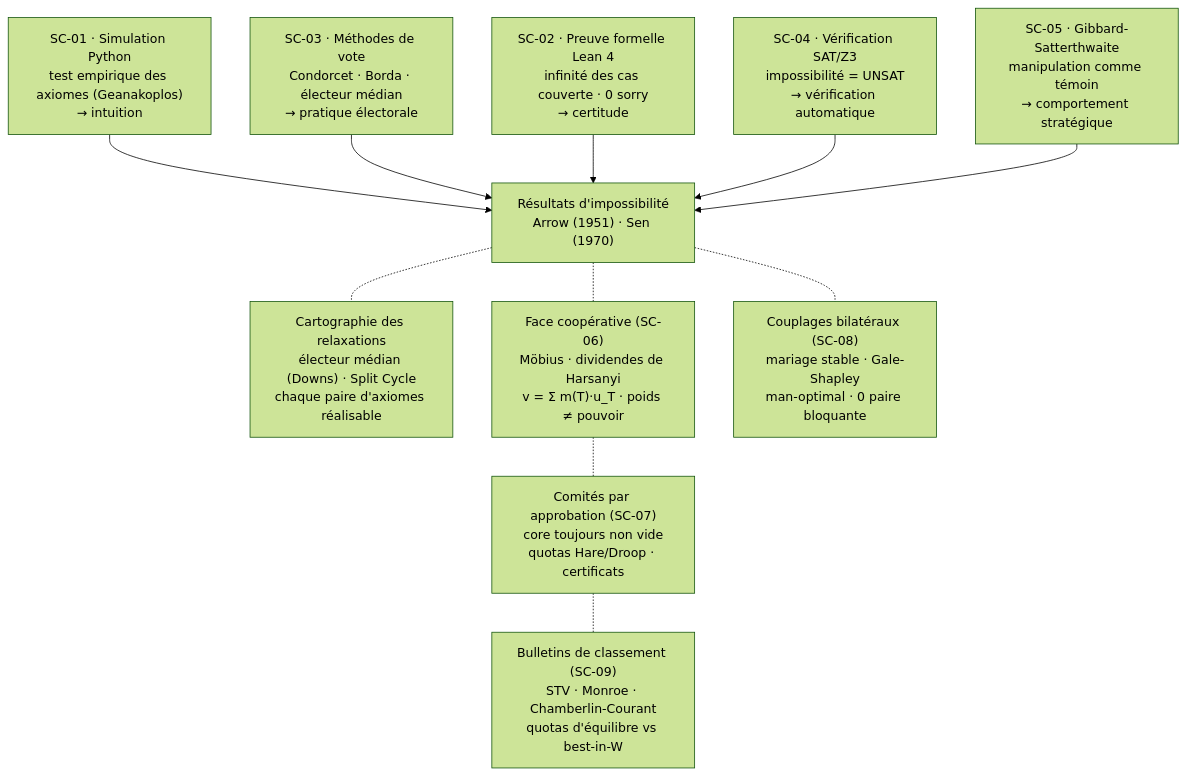
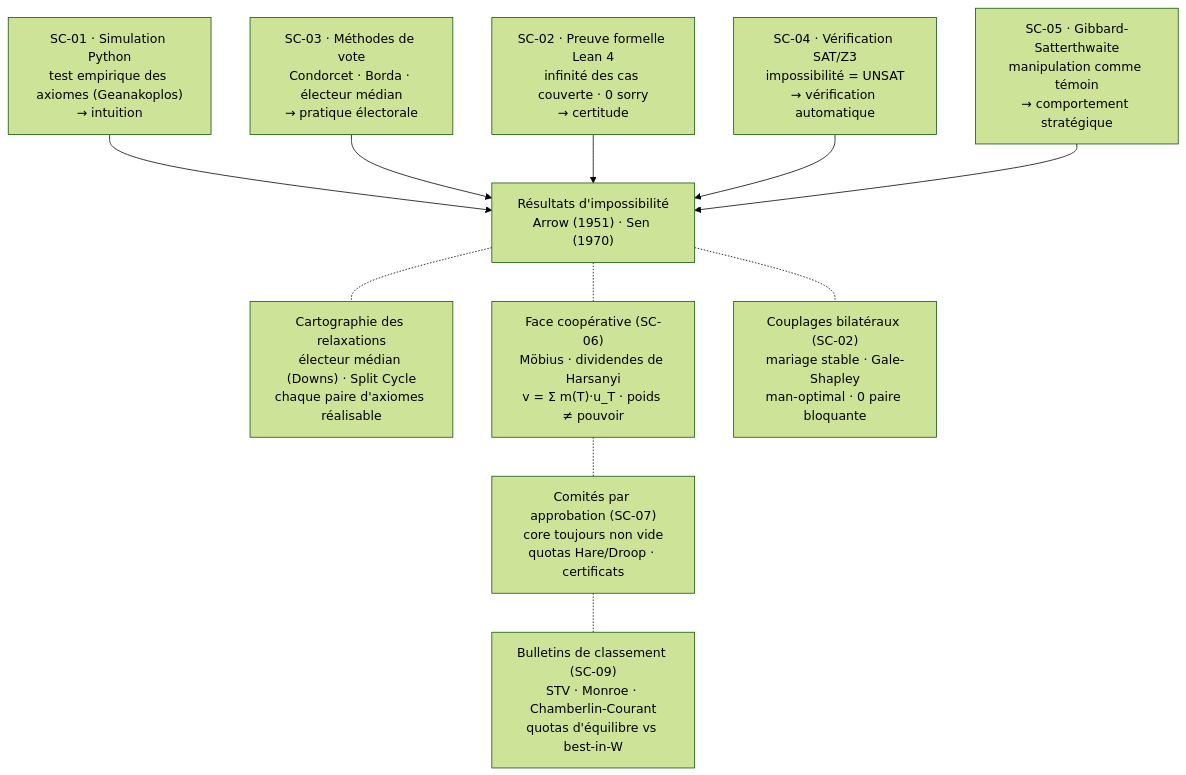
Before and after one commit to jsboige/CoursIA: the diagram in MyIA.AI.Notebooks/GameTheory/SocialChoice/README.md, drawn with Mermaid (forest theme). The commit also changed other lines of this file and 2 other files, not shown here.

First line of the commit message:
fix(gametheory,#19702): SC-08 -> SC-02 (Gale-Shapley homonymie)

````diff
--- a/MyIA.AI.Notebooks/GameTheory/SocialChoice/README.md
+++ b/MyIA.AI.Notebooks/GameTheory/SocialChoice/README.md
@@ -52,21 +52,21 @@
 ```mermaid
 flowchart TD
     Result["Résultats d'impossibilité<br/>Arrow (1951) · Sen (1970)"]
 
     E1["SC-01 · Simulation Python<br/>test empirique des axiomes (Geanakoplos)<br/>→ intuition"]
     E2["SC-03 · Méthodes de vote<br/>Condorcet · Borda · électeur médian<br/>→ pratique électorale"]
     E3["SC-02 · Preuve formelle Lean 4<br/>infinité des cas couverte · 0 sorry<br/>→ certitude"]
     E4["SC-04 · Vérification SAT/Z3<br/>impossibilité = UNSAT<br/>→ vérification automatique"]
     E5["SC-05 · Gibbard-Satterthwaite<br/>manipulation comme témoin<br/>→ comportement stratégique"]
 
     E1 --> Result
     E2 --> Result
     E3 --> Result
     E4 --> Result
     E5 --> Result
     Result -.- Relax["Cartographie des relaxations<br/>électeur médian (Downs) · Split Cycle<br/>chaque paire d'axiomes réalisable"]
     Result -.- Coop["Face coopérative (SC-06)<br/>Möbius · dividendes de Harsanyi<br/>v = Σ m(T)·u_T · poids ≠ pouvoir"]
     Coop -.- Comm["Comités par approbation (SC-07)<br/>core toujours non vide<br/>quotas Hare/Droop · certificats"]
-    Result -.- Match["Couplages bilatéraux (SC-08)<br/>mariage stable · Gale-Shapley<br/>man-optimal · 0 paire bloquante"]
+    Result -.- Match["Couplages bilatéraux (SC-02)<br/>mariage stable · Gale-Shapley<br/>man-optimal · 0 paire bloquante"]
     Comm -.- Rank2["Bulletins de classement (SC-09)<br/>STV · Monroe · Chamberlin-Courant<br/>quotas d'équilibre vs best-in-W"]
 ```
````
